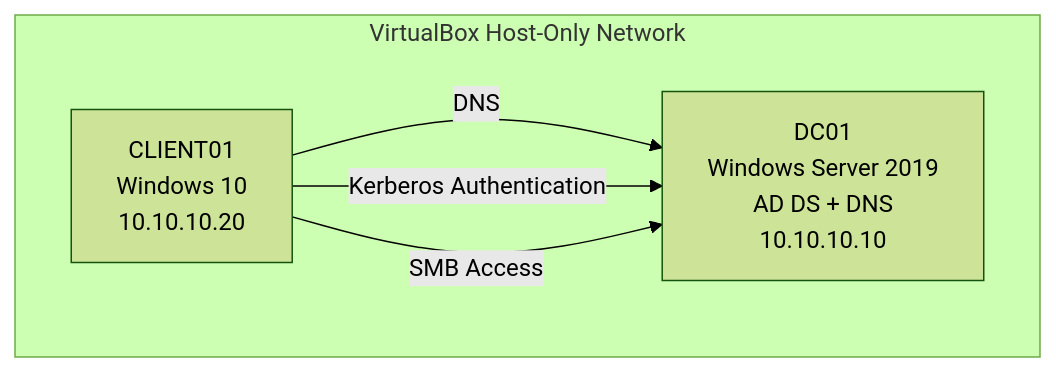
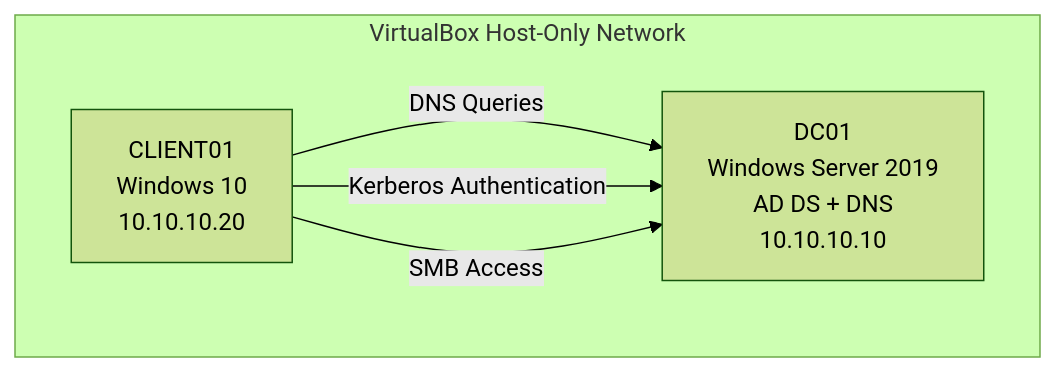
One commit to ggrochevski/Active-Directory-IAM-Lab changed the diagram in README.md. Above: the diagram before and after it, drawn with Mermaid (forest theme). The commit also changed other lines of this file, not shown here.

````diff
--- a/README.md
+++ b/README.md
@@ -50,11 +61,11 @@
 ```mermaid
 flowchart TB
     subgraph VirtualBox Host-Only Network
         DC["DC01<br>Windows Server 2019<br>AD DS + DNS<br>10.10.10.10"]
         CL["CLIENT01<br>Windows 10<br>10.10.10.20"]
     end
 
-    CL -->|DNS| DC
+    CL -->|DNS Queries| DC
     CL -->|Kerberos Authentication| DC
     CL -->|SMB Access| DC
 ```
````
